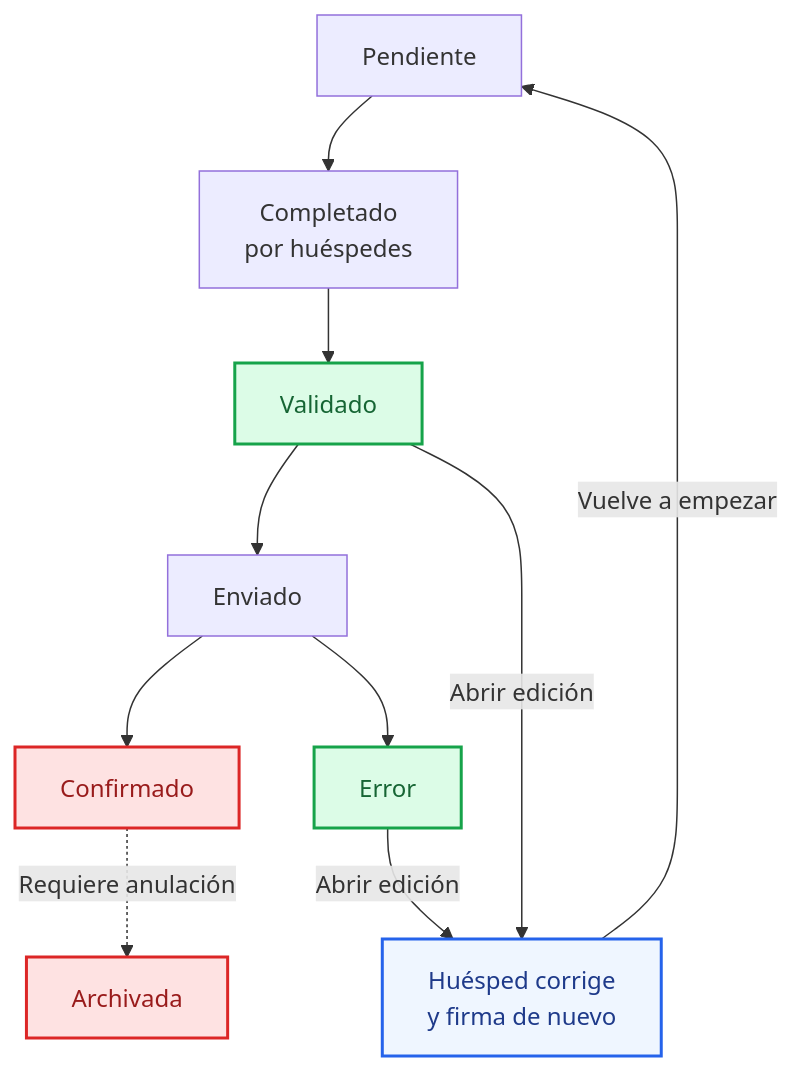
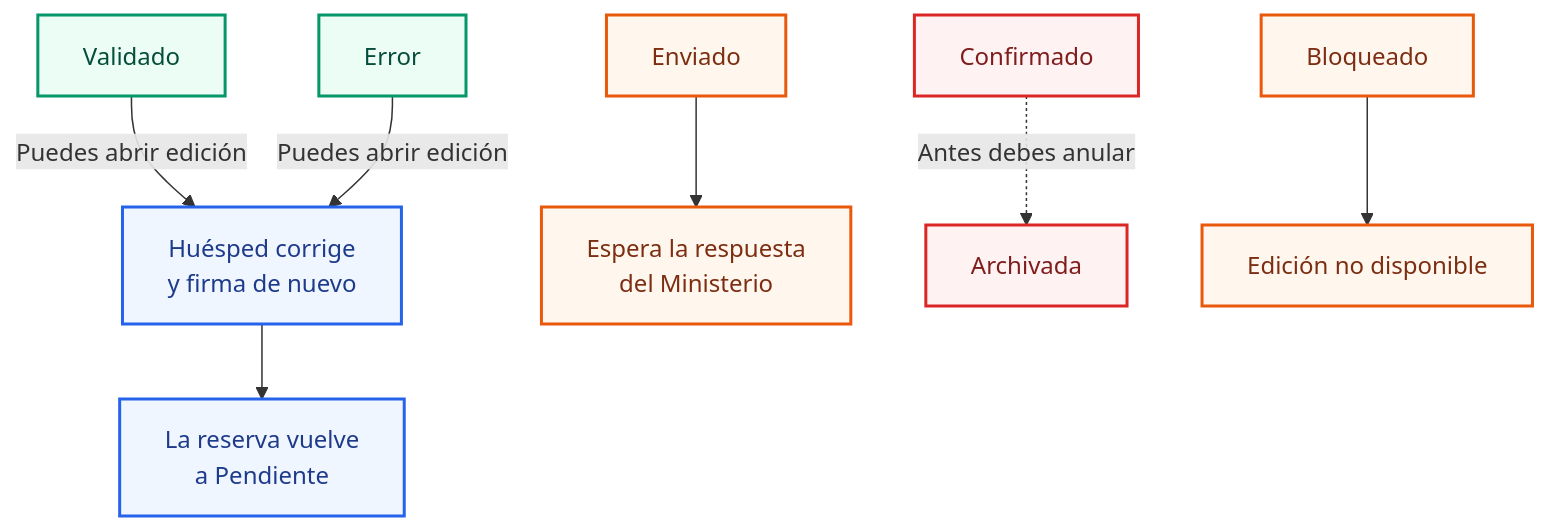
One commit to registroviajero/help changed the diagram in docs/guia/desbloquear-edicion-huesped.md. Above: the diagram before and after it, drawn with Mermaid. The commit also changed 4 other files, not shown here.

Commit message:
docs: improve help diagrams

````diff
--- a/docs/guia/desbloquear-edicion-huesped.md
+++ b/docs/guia/desbloquear-edicion-huesped.md
@@ -14,20 +14,19 @@
 ```mermaid
-flowchart TD
-  P[Pendiente] --> CP[Completado<br/>por huéspedes]
-  CP --> V[Validado]
-  V --> S[Enviado]
-  S --> C[Confirmado]
-  S --> ER[Error]
+flowchart TB
+  V[Validado] -->|Puedes abrir edición| E[Huésped corrige<br/>y firma de nuevo]
+  ER[Error] -->|Puedes abrir edición| E
+  E --> P[La reserva vuelve<br/>a Pendiente]
 
-  V -->|Abrir edición| E[Huésped corrige<br/>y firma de nuevo]
-  ER -->|Abrir edición| E
-  E -->|Vuelve a empezar| P
-  C -. Requiere anulación .-> A[Archivada]
+  S[Enviado] --> W[Espera la respuesta<br/>del Ministerio]
+  C[Confirmado] -.->|Antes debes anular| A[Archivada]
+  B[Bloqueado] --> L[Edición no disponible]
 
-  classDef editable fill:#dcfce7,stroke:#16a34a,color:#166534,stroke-width:2px;
-  classDef locked fill:#fee2e2,stroke:#dc2626,color:#991b1b,stroke-width:2px;
+  classDef canEdit fill:#ecfdf5,stroke:#059669,color:#064e3b,stroke-width:2px;
   classDef action fill:#eff6ff,stroke:#2563eb,color:#1e3a8a,stroke-width:2px;
-  class V,ER editable;
-  class C,A locked;
-  class E action;
+  classDef locked fill:#fff7ed,stroke:#ea580c,color:#7c2d12,stroke-width:2px;
+  classDef terminal fill:#fef2f2,stroke:#dc2626,color:#7f1d1d,stroke-width:2px;
+  class V,ER canEdit;
+  class E,P action;
+  class S,W,B,L locked;
+  class C,A terminal;
 ```
````
